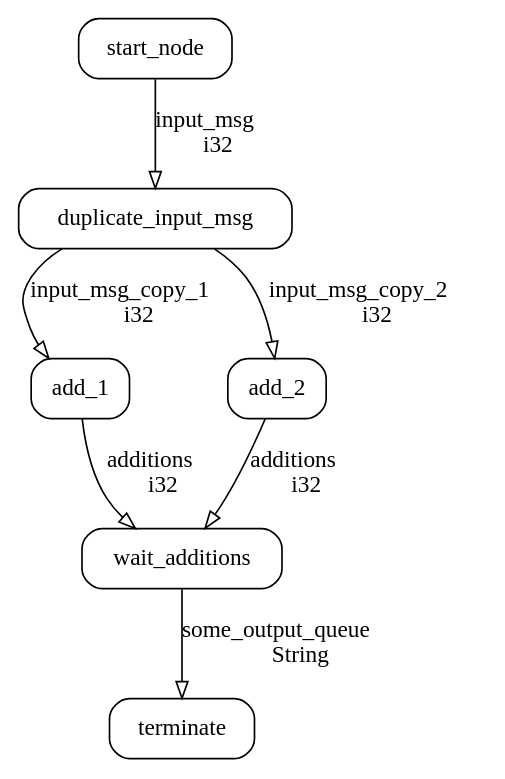
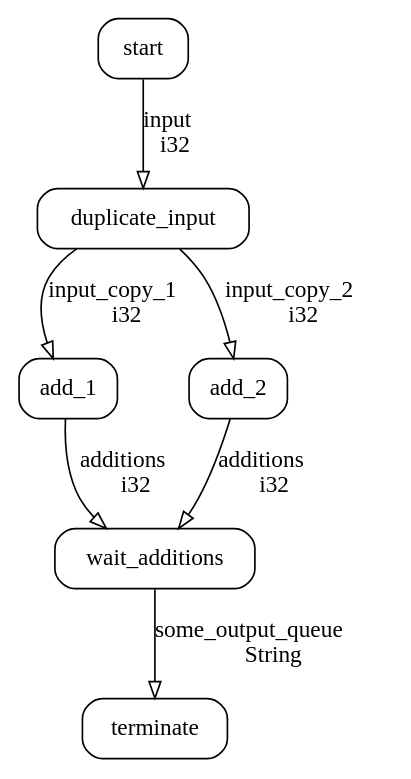
One commit to qwfy/dge changed the diagram in dge-example/src/generated/graph.dot. Above: the diagram before and after it, drawn with Graphviz. The commit also changed 8 other files, not shown here.

Commit message:
Tune the arguments order for methods of Graph

```diff
--- a/dge-example/src/generated/graph.dot
+++ b/dge-example/src/generated/graph.dot
@@ -1,14 +1,14 @@
 digraph {
-    0 [ label = "start_node" shape = "box" style = "rounded"]
-    1 [ label = "duplicate_input_msg" shape = "box" style = "rounded"]
+    0 [ label = "start" shape = "box" style = "rounded"]
+    1 [ label = "duplicate_input" shape = "box" style = "rounded"]
     2 [ label = "add_1" shape = "box" style = "rounded"]
     3 [ label = "add_2" shape = "box" style = "rounded"]
     4 [ label = "wait_additions" shape = "box" style = "rounded"]
     5 [ label = "terminate" shape = "box" style = "rounded"]
-    0 -> 1 [ label = "input_msg\li32" arrowhead = "onormal"]
-    1 -> 2 [ label = "input_msg_copy_1\li32" arrowhead = "onormal"]
-    1 -> 3 [ label = "input_msg_copy_2\li32" arrowhead = "onormal"]
+    0 -> 1 [ label = "input\li32" arrowhead = "onormal"]
+    1 -> 2 [ label = "input_copy_1\li32" arrowhead = "onormal"]
+    1 -> 3 [ label = "input_copy_2\li32" arrowhead = "onormal"]
     2 -> 4 [ label = "additions\li32" arrowhead = "onormal"]
     3 -> 4 [ label = "additions\li32" arrowhead = "onormal"]
     4 -> 5 [ label = "some_output_queue\lString" arrowhead = "onormal"]
 }
```
